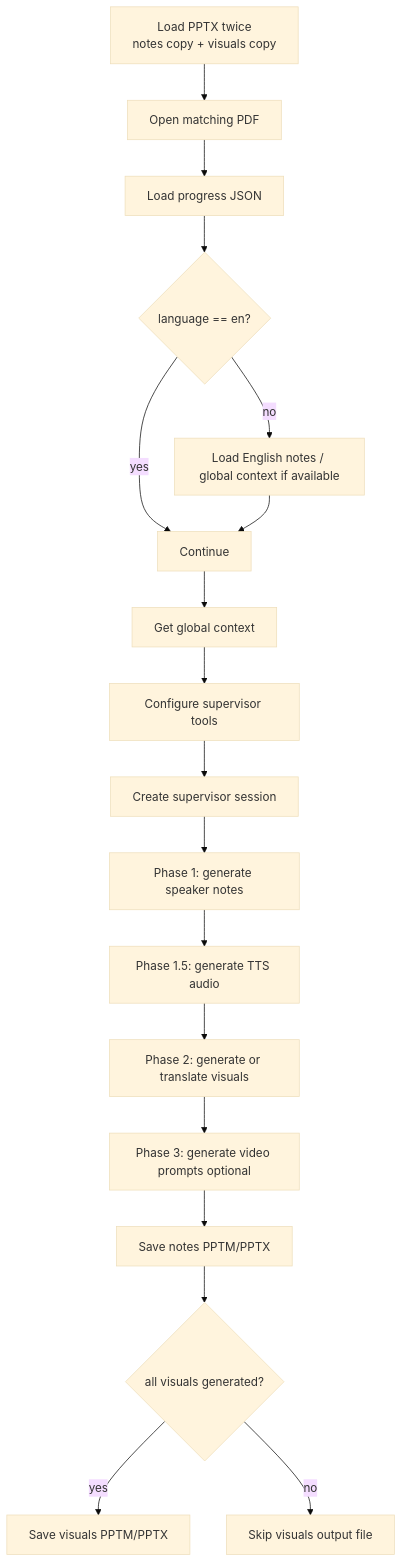
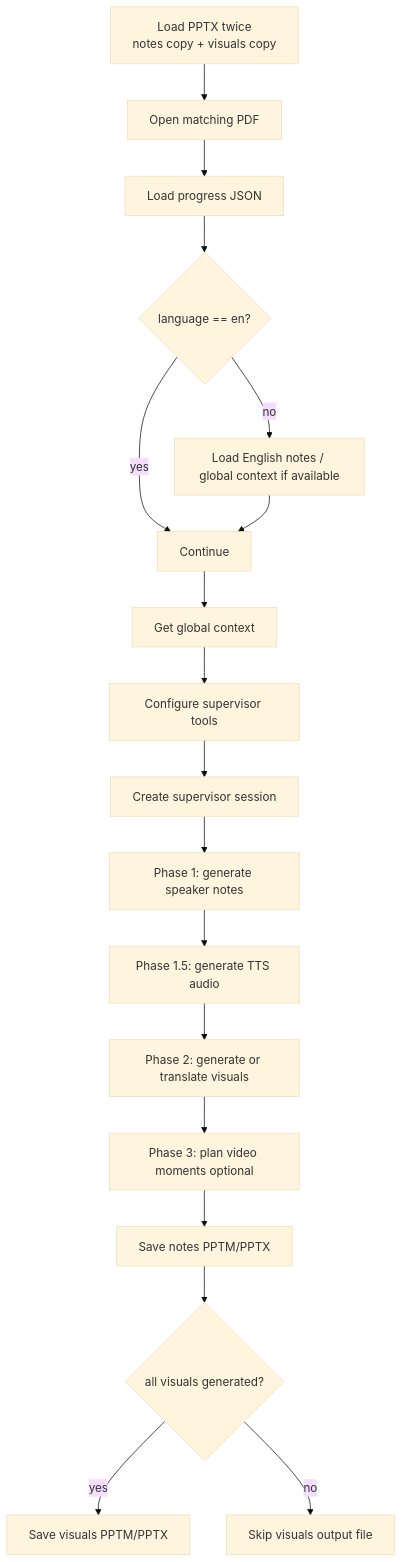
One commit to wongcyrus/gemini-powerpoint-sage changed the second of 4 diagrams in docs/ARCHITECTURE.md. Above: the diagram before and after it, drawn with Mermaid (base theme). The commit also changed other lines of this file and 64 other files, not shown here.

````diff
--- a/docs/ARCHITECTURE.md
+++ b/docs/ARCHITECTURE.md
@@ -62,20 +62,20 @@
 ```mermaid
 flowchart TD
     A[Load PPTX twice<br/>notes copy + visuals copy] --> B[Open matching PDF]
     B --> C[Load progress JSON]
     C --> D{language == en?}
     D -->|no| E[Load English notes / global context if available]
     D -->|yes| F[Continue]
     E --> F
     F --> G[Get global context]
     G --> H[Configure supervisor tools]
     H --> I[Create supervisor session]
     I --> J[Phase 1: generate speaker notes]
     J --> K[Phase 1.5: generate TTS audio]
     K --> L[Phase 2: generate or translate visuals]
-    L --> M[Phase 3: generate video prompts optional]
+    L --> M[Phase 3: plan video moments optional]
     M --> N[Save notes PPTM/PPTX]
     N --> O{all visuals generated?}
     O -->|yes| P[Save visuals PPTM/PPTX]
     O -->|no| Q[Skip visuals output file]
 ```
````
